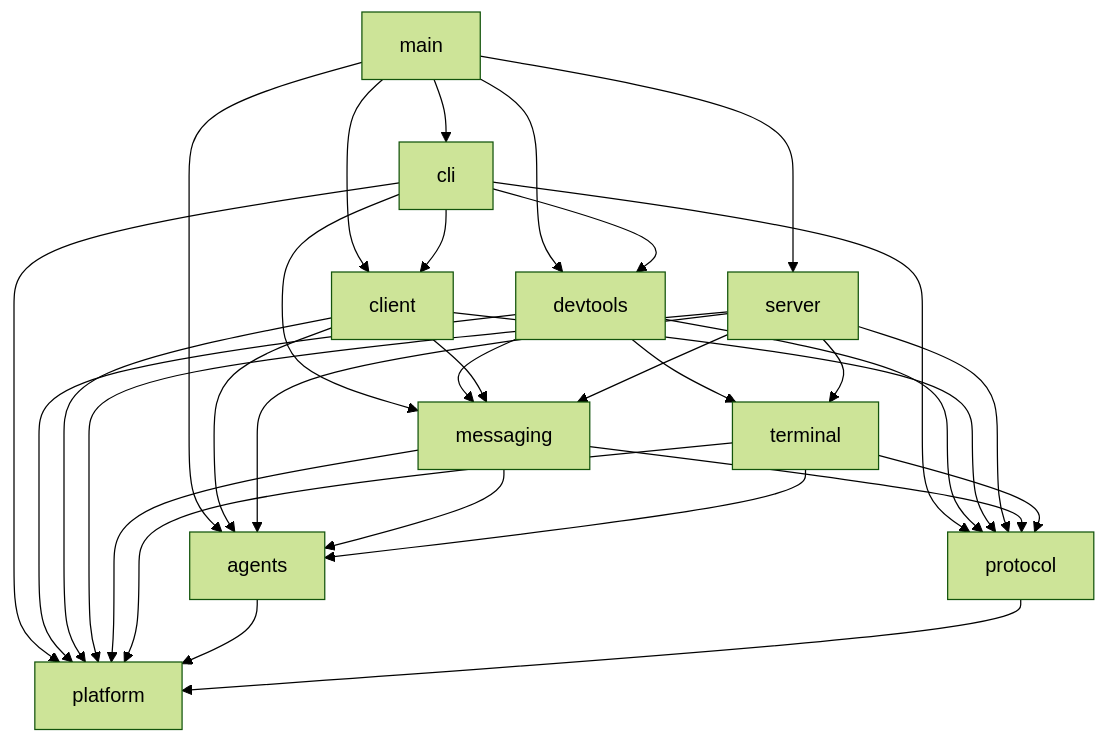
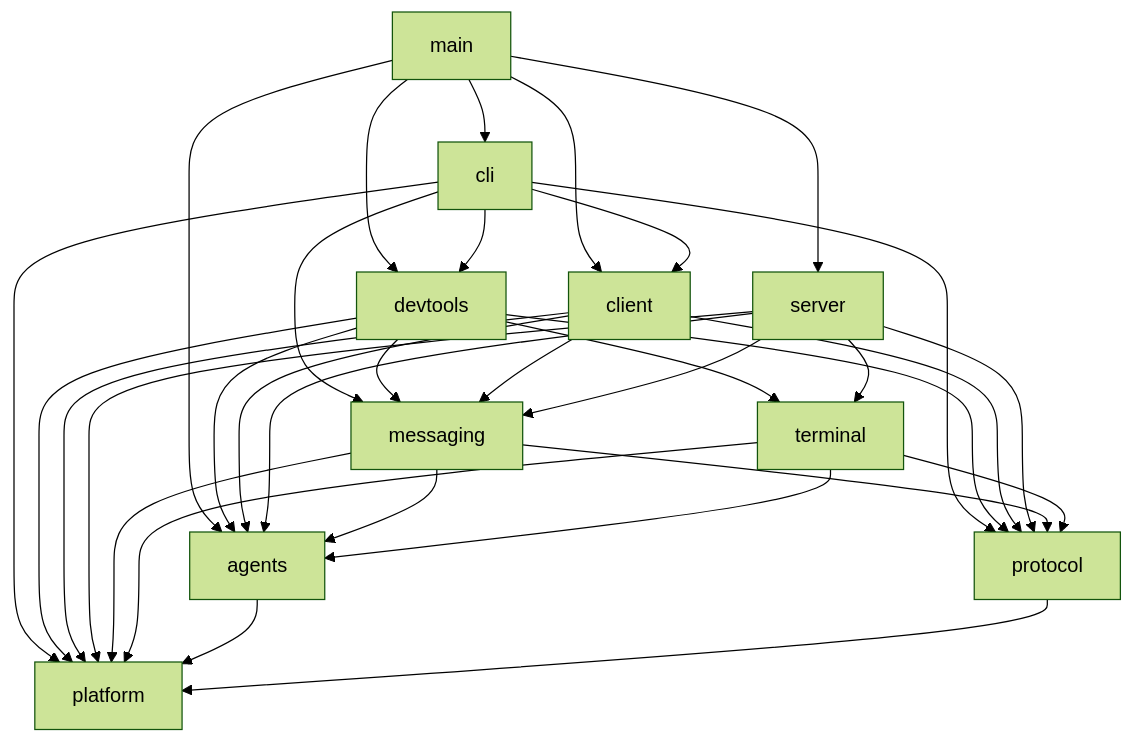
One commit to asura1234/bus changed the first of 4 diagrams in docs/bus-architecture.md. Above: the diagram before and after it, drawn with Mermaid (forest theme). The commit also changed other lines of this file and 2 other files, not shown here.

First line of the commit message:
chore(tools): let devtools depend on agents

````diff
--- a/docs/bus-architecture.md
+++ b/docs/bus-architecture.md
@@ -294,12 +294,12 @@
 ```mermaid
 flowchart TD
   main --> cli & server & client & agents & devtools
   cli --> client & devtools & messaging & protocol & platform
-  devtools --> terminal & messaging & protocol & platform
+  devtools --> terminal & messaging & agents & protocol & platform
   client --> messaging & agents & protocol & platform
   server --> terminal & messaging & agents & protocol & platform
   messaging --> agents & protocol & platform
   terminal --> agents & protocol & platform
   agents --> platform
   protocol --> platform
 ```
````
